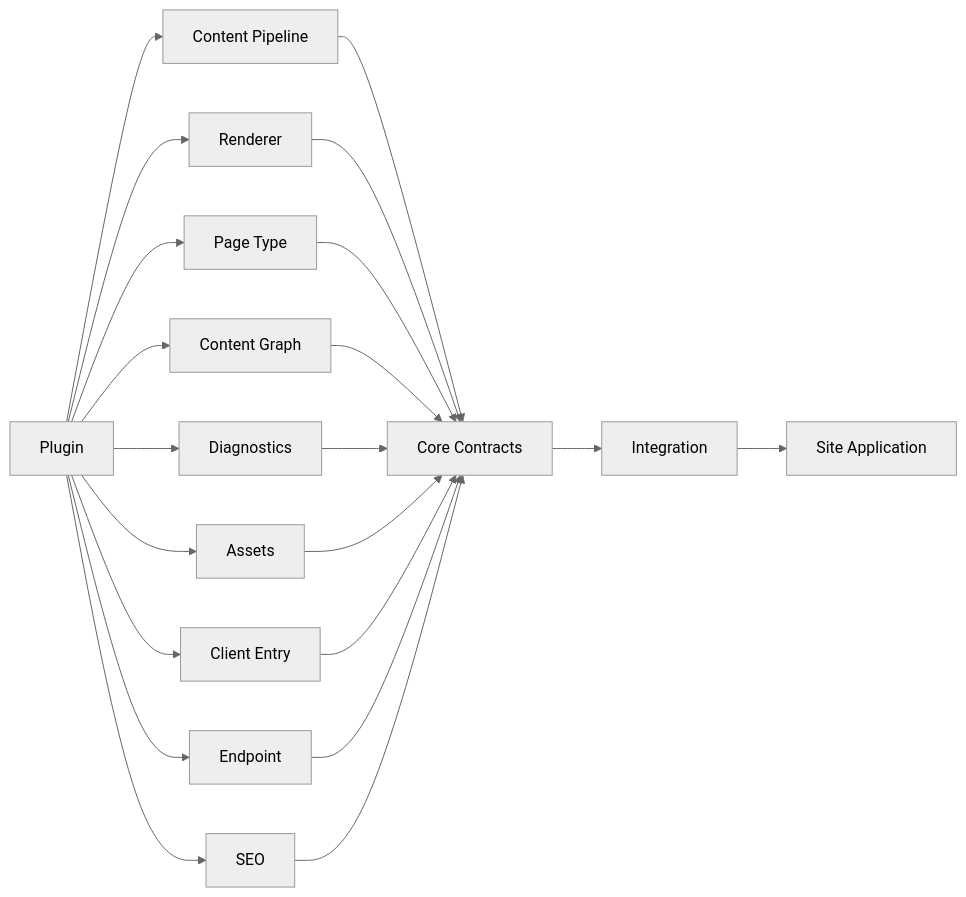
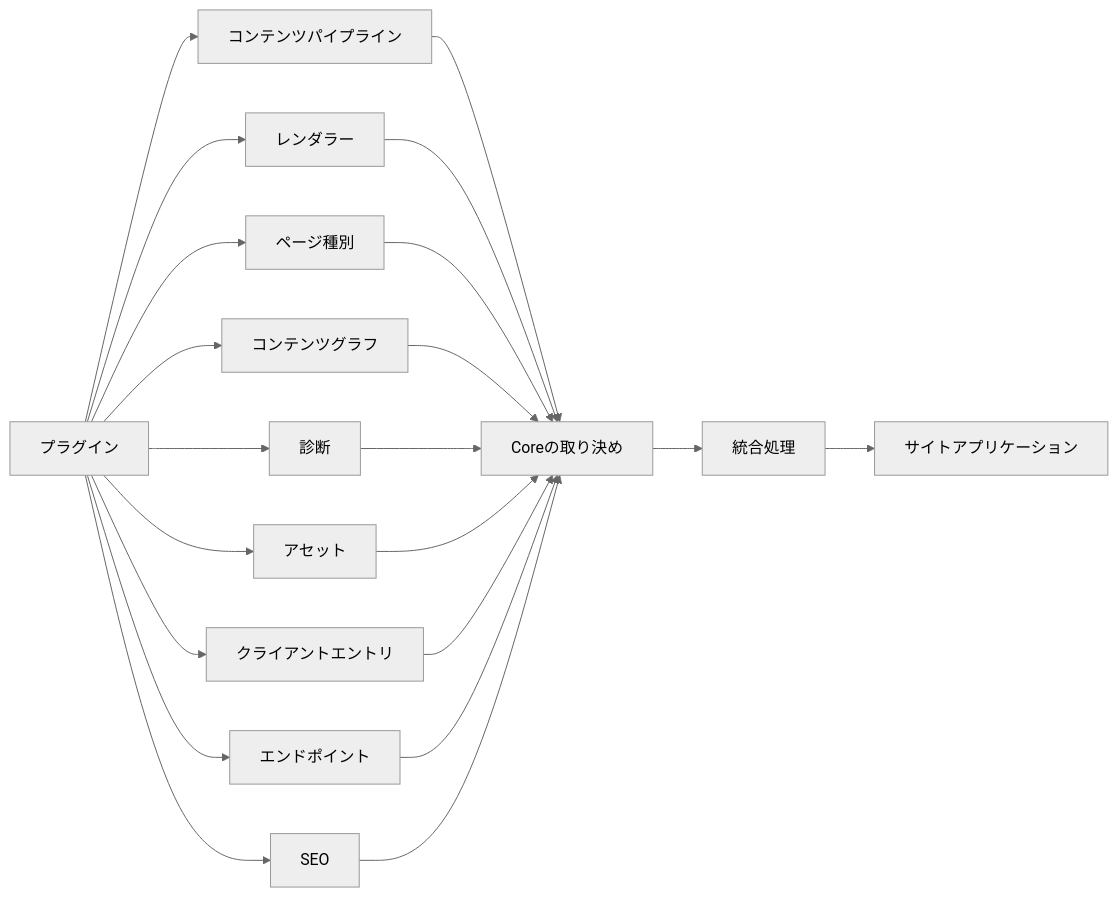
Diagram 11 of 11 in docs/docs/reference/plugin-api.ja.md (Rerurate514/riebeckite), drawn with Mermaid (neutral theme) before and after one commit. The commit also changed other lines of this file and 310 other files, not shown here.

````diff
--- a/docs/docs/reference/plugin-api.ja.md
+++ b/docs/docs/reference/plugin-api.ja.md
@@ -985,27 +836,27 @@
 ```mermaid
 flowchart LR
-    Plugin["Plugin"]
+    Plugin["プラグイン"]
 
-    Plugin --> Pipeline["Content Pipeline"]
-    Plugin --> Renderer["Renderer"]
-    Plugin --> Page["Page Type"]
-    Plugin --> Graph["Content Graph"]
-    Plugin --> Diagnostics["Diagnostics"]
-    Plugin --> Asset["Assets"]
-    Plugin --> Client["Client Entry"]
-    Plugin --> Endpoint["Endpoint"]
+    Plugin --> Pipeline["コンテンツパイプライン"]
+    Plugin --> Renderer["レンダラー"]
+    Plugin --> Page["ページ種別"]
+    Plugin --> Graph["コンテンツグラフ"]
+    Plugin --> Diagnostics["診断"]
+    Plugin --> Asset["アセット"]
+    Plugin --> Client["クライアントエントリ"]
+    Plugin --> Endpoint["エンドポイント"]
     Plugin --> SEO["SEO"]
 
-    Pipeline --> Core["Core Contracts"]
+    Pipeline --> Core["Coreの取り決め"]
     Renderer --> Core
     Page --> Core
     Graph --> Core
     Diagnostics --> Core
     Asset --> Core
     Client --> Core
     Endpoint --> Core
     SEO --> Core
 
-    Core --> Integration["Integration"]
-    Integration --> Site["Site Application"]
+    Core --> Integration["統合処理"]
+    Integration --> Site["サイトアプリケーション"]
 ```
````
